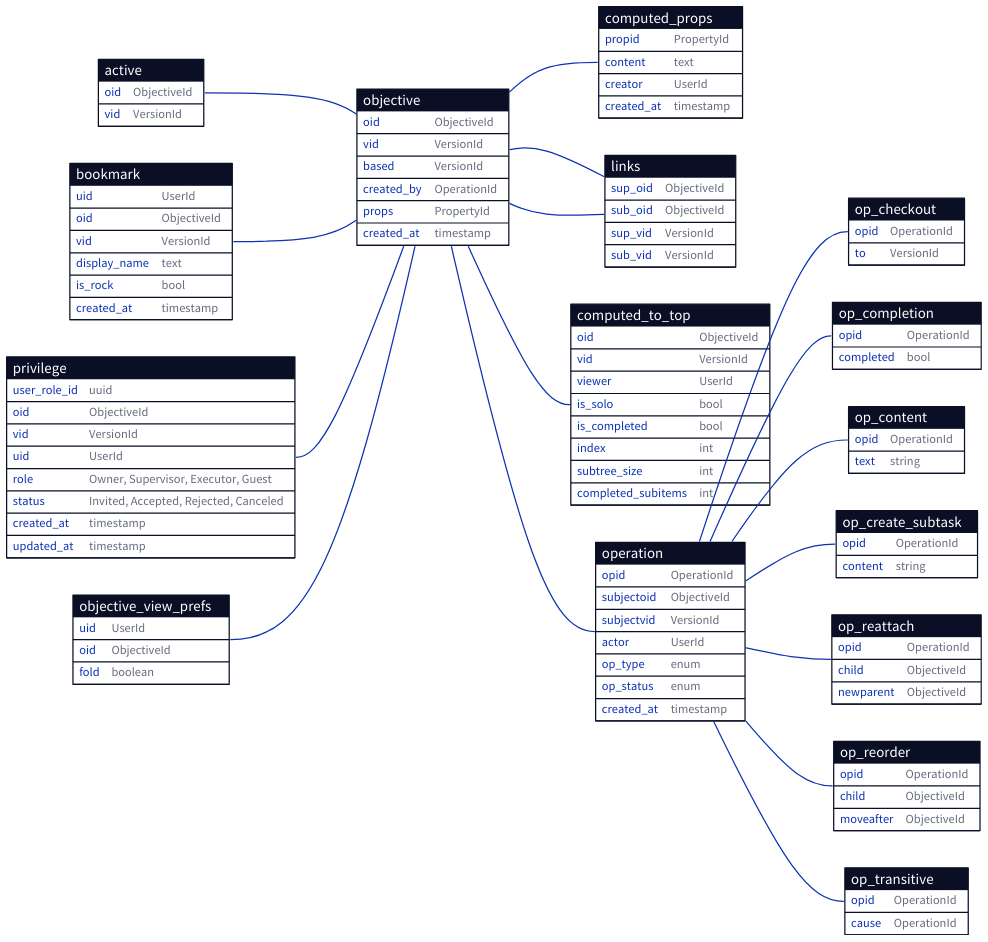
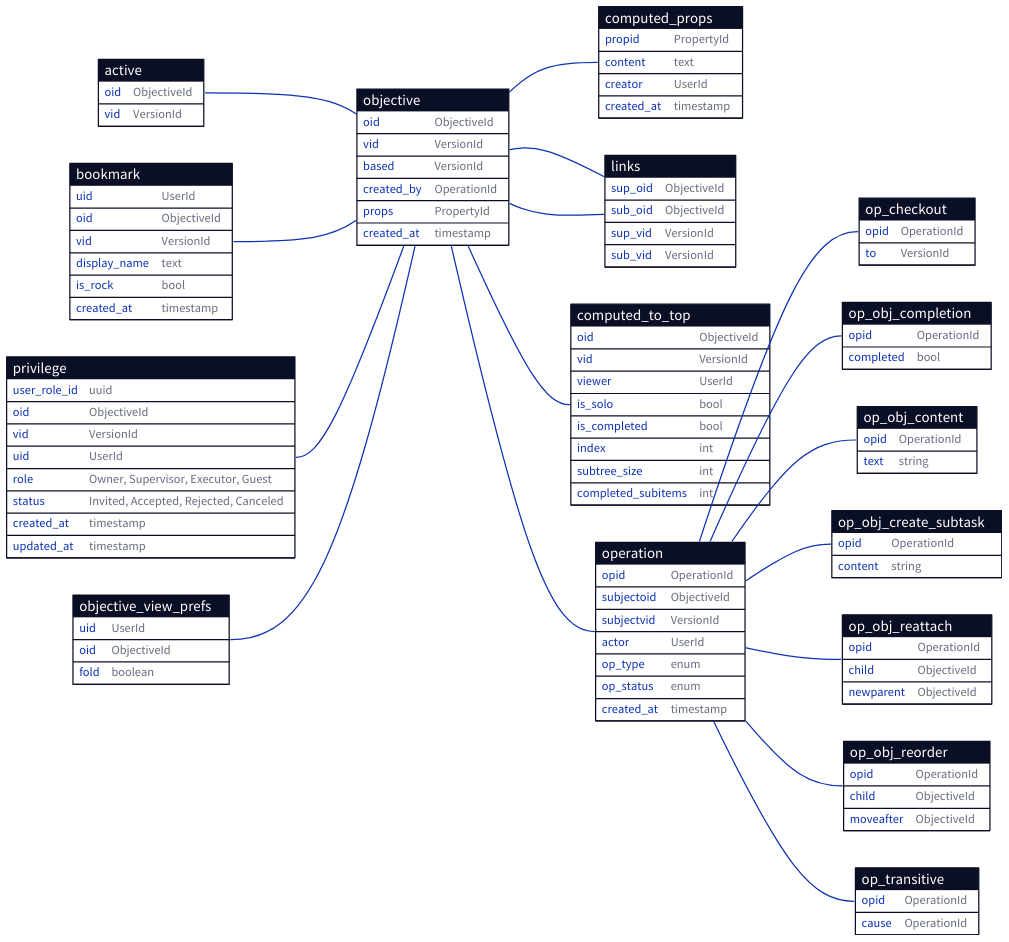
One commit to ufukty/logbook changed the diagram in docs/database/simplified.d2. Above: the diagram before and after it, drawn with D2. The commit also changed 1 other file, not shown here.

Commit message:
docs/database/simplified: prefixes operation-specific tables that is for object targeting operations with `op_obj_` to distinguish them from other kinds

```diff
--- a/docs/database/simplified.d2
+++ b/docs/database/simplified.d2
@@ -1,190 +1,190 @@
 active: {
   shape: sql_table
 
   oid: ObjectiveId
   vid: VersionId
 }
 
 bookmark: {
   shape: sql_table
 
   uid: UserId
   oid: ObjectiveId
   vid: VersionId
   display_name: text
   is_rock: bool # rocks are hidden in the UI
   created_at: timestamp
 }
 
 privilege: {
   shape: sql_table
 
   user_role_id: uuid
   oid: ObjectiveId
   vid: VersionId
   uid: UserId
   role: "Owner, Supervisor, Executor, Guest"
   status: "Invited, Accepted, Rejected, Canceled"
   created_at: timestamp
   updated_at: timestamp
 }
 
 objective: {
   shape: sql_table
 
   oid: ObjectiveId
   vid: VersionId
   based: VersionId
   created_by: OperationId
   props: PropertyId
 
   created_at: timestamp # creation of this version (=row)
 }
 
 objective_view_prefs: {
   shape: sql_table
 
   uid: UserId
   oid: ObjectiveId
   fold: boolean
 }
 
 
 # cached from operations to reduce view build duration
 # separately versioned from the objective to detach it from privilege and collaboration config changes
 computed_props: {
   shape: sql_table
 
   propid: PropertyId
   content: text
   creator: UserId
   created_at: timestamp
 }
 
 links: {
   shape: sql_table
 
   sup_oid: ObjectiveId
   sub_oid: ObjectiveId
   sup_vid: VersionId
   sub_vid: VersionId
 }
 
 computed_to_top: {
   shape: sql_table
 
   oid: ObjectiveId
   vid: VersionId
   viewer: UserId
 
   is_solo: bool
   is_completed: bool
 
   index: int
   subtree_size: int
   completed_subitems: int
 }
 
 operation: {
   shape: sql_table
 
   opid: OperationId
   
   subjectoid: ObjectiveId
   subjectvid: VersionId
   actor: UserId
 
   op_type: enum
   op_status: enum
 
   created_at: timestamp
 }
 
 op_checkout: {
   shape: sql_table
   
   opid: OperationId 
   to: VersionId
 }
 
-op_content: {
+op_obj_content: {
   shape: sql_table
   
   opid: OperationId 
   text: string
 }
 
-op_completion: {
+op_obj_completion: {
   shape: sql_table
 
   opid: OperationId
   completed: bool
 }
 
-op_create_subtask: {
+op_obj_create_subtask: {
   shape: sql_table
 
   opid: OperationId
   content: string
 }
 
 # reattachment operation gets defined on the old parent of the objective is requested to be moved into next parent's bottom
-op_reattach: {
+op_obj_reattach: {
   shape: sql_table
   
   opid: OperationId 
   child: ObjectiveId # find the vid from only version of child linked to current version of subject
   newparent: ObjectiveId # find the vid of parent from following the ascendants of subject reached from active versions
 }
 
-op_reorder: {
+op_obj_reorder: {
   shape: sql_table
   
   opid: OperationId 
   child: ObjectiveId
   moveafter: ObjectiveId
 }
 
 # every ascendant gets an transitive update operation when an objective gets version changing event from user (either checkout or content/prop modification)
 op_transitive: {
   shape: sql_table
   
   opid: OperationId 
   cause: OperationId
 }
 
 direction: right
 
 active.oid -- objective.oid
 
 # a bookmark points to a root node of a work tree
 bookmark.oid -- objective.oid
 # bookmark.vid -- objective.vid
 
 # Any task with custom privilege hand.can have owner/viewers/executors
 privilege.oid -- objective.oid
 # privilege.vid -- objective.vid
 
 objective_view_prefs.oid -- objective.oid
 
 objective.oid -- links.sup_oid
 # objective.vid -- links.sup_vid
 
 objective.oid -- links.sub_oid
 # objective.vid -- links.sub_vid
 
 objective.oid -- computed_to_top.oid
 # objective.vid -- computed_to_top.vid
 
 operation.opid -- op_checkout.opid
-operation.opid -- op_completion.opid
-operation.opid -- op_content.opid
-operation.opid -- op_create_subtask.opid
-operation.opid -- op_reattach.opid
-operation.opid -- op_reorder.opid
+operation.opid -- op_obj_completion.opid
+operation.opid -- op_obj_content.opid
+operation.opid -- op_obj_create_subtask.opid
+operation.opid -- op_obj_reattach.opid
+operation.opid -- op_obj_reorder.opid
 operation.opid -- op_transitive.opid
 
 objective.created_by -- operation.opid
 
 objective.props -- computed_props.propid
 # objective.vid -- props.vid
```
